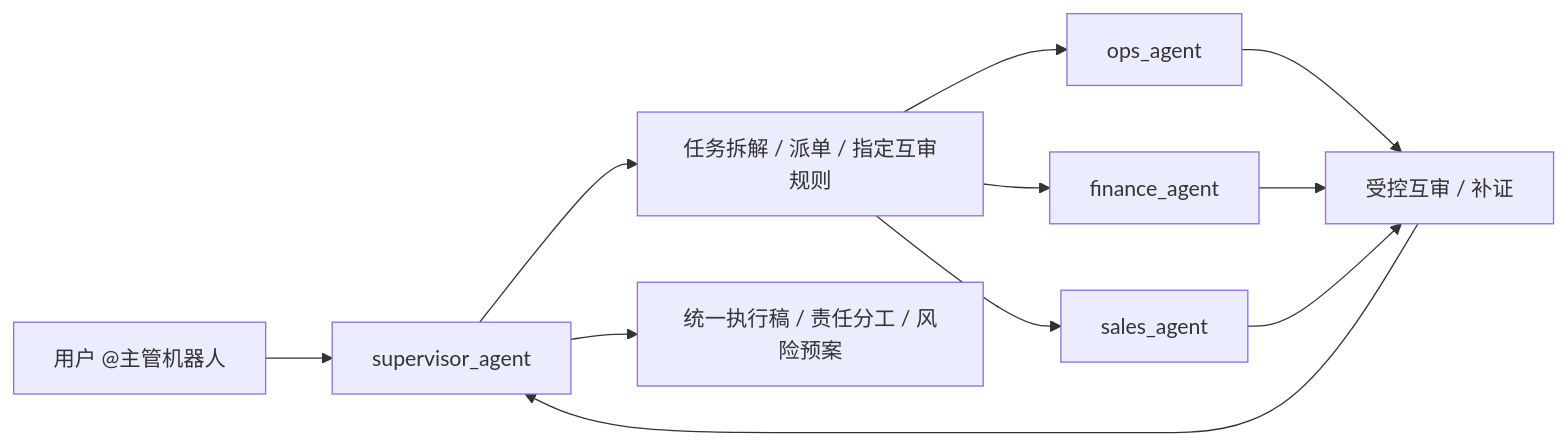
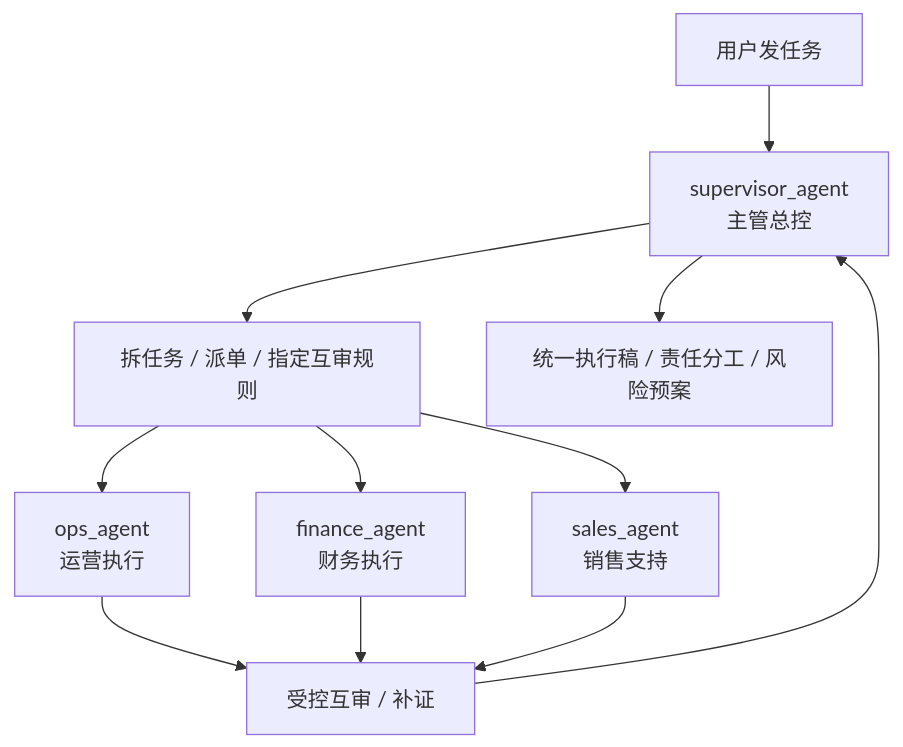
One commit to seaworld008/OpenClaw-Feishu-Multi-Agent changed the diagram in skills/openclaw-feishu-multi-agent-deploy/references/codex-prompt-templates-v4.1-single-group-team.md. Above: the diagram before and after it, drawn with Mermaid. The commit also changed other lines of this file, not shown here.

Commit message:
docs(v4.1): simplify team mermaid diagram and add text fallback

````diff
--- a/skills/openclaw-feishu-multi-agent-deploy/references/codex-prompt-templates-v4.1-single-group-team.md
+++ b/skills/openclaw-feishu-multi-agent-deploy/references/codex-prompt-templates-v4.1-single-group-team.md
@@ -62,13 +62,13 @@
 ```mermaid
-flowchart LR
-  U["用户 @主管机器人"] --> S["supervisor_agent"]
-  S --> P["任务拆解 / 派单 / 指定互审规则"]
-  P --> O["ops_agent"]
-  P --> F["finance_agent"]
-  P --> SA["sales_agent"]
-  O --> X["受控互审 / 补证"]
-  F --> X
-  SA --> X
-  X --> S
-  S --> R["统一执行稿 / 责任分工 / 风险预案"]
+flowchart TD
+  user["用户发任务"] --> supervisor["supervisor_agent<br/>主管总控"]
+  supervisor --> dispatch["拆任务 / 派单 / 指定互审规则"]
+  dispatch --> ops["ops_agent<br/>运营执行"]
+  dispatch --> finance["finance_agent<br/>财务执行"]
+  dispatch --> sales["sales_agent<br/>销售支持"]
+  ops --> review["受控互审 / 补证"]
+  finance --> review
+  sales --> review
+  review --> supervisor
+  supervisor --> result["统一执行稿 / 责任分工 / 风险预案"]
 ```
````
